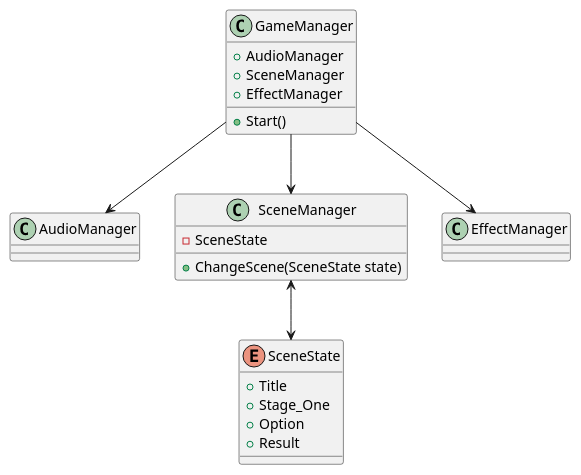
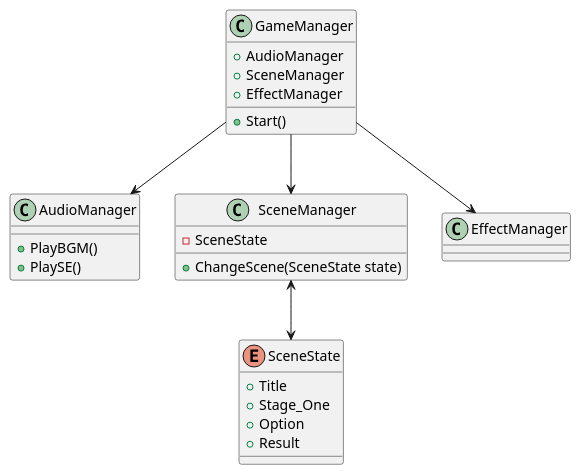
Before and after one commit to FearFrog/2DPuzzle: the diagram in ClassDesign.plantuml, drawn with PlantUML.

Commit message:
AudioClass add Method
クラス図：オーディオ管理クラスに再生メソッド追加

```diff
--- a/ClassDesign.plantuml
+++ b/ClassDesign.plantuml
@@ -1,38 +1,39 @@
 @startuml
 
 enum SceneState{
     +Title
     +Stage_One
     +Option
     +Result
 }
 
 class GameManager{
     +AudioManager
     +SceneManager
     +EffectManager
 
     +Start()
 }
 
 class AudioManager{
-
+    +PlayBGM()
+    +PlaySE()
 }
 
 class SceneManager{
     -SceneState
 
     +ChangeScene(SceneState state)
 }
 
 class EffectManager{
 
 }
 
 GameManager --> AudioManager
 GameManager --> SceneManager
 GameManager --> EffectManager
 
 SceneManager <--> SceneState
 
 @enduml
```
